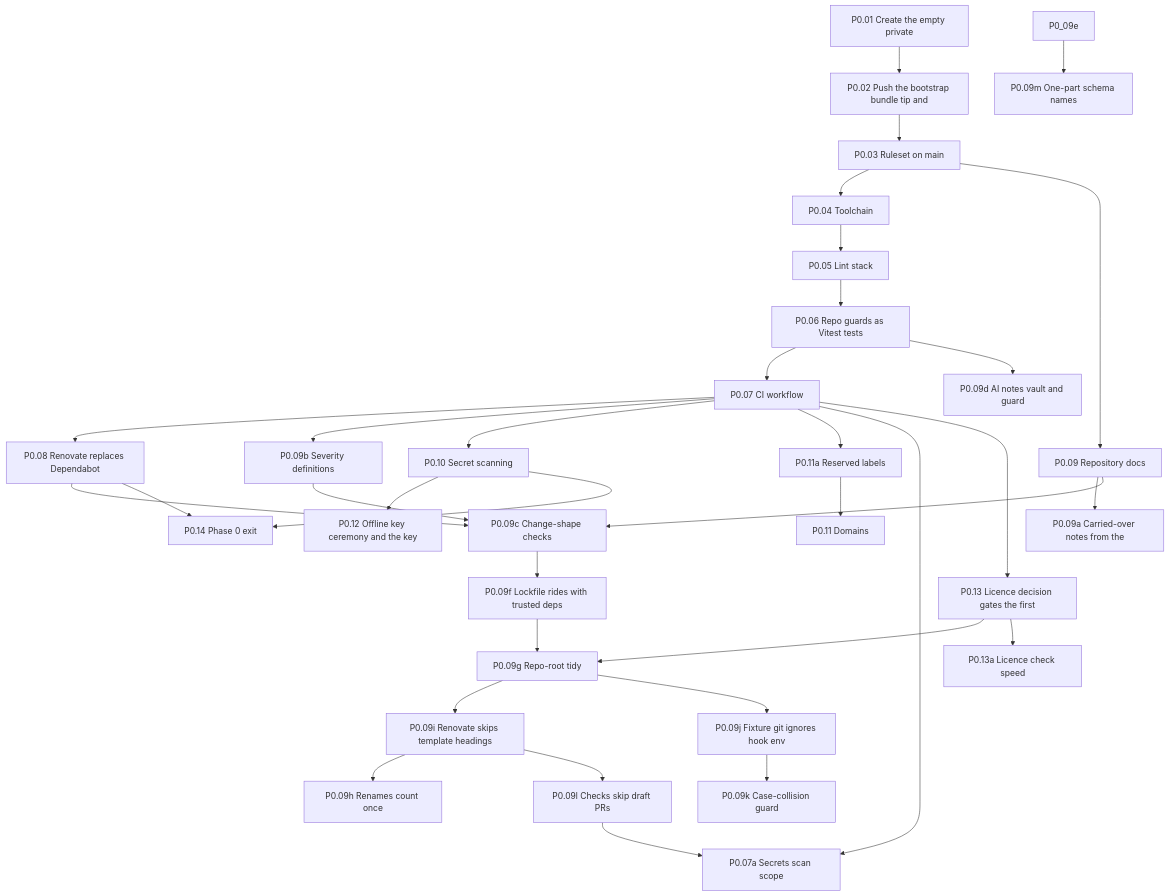
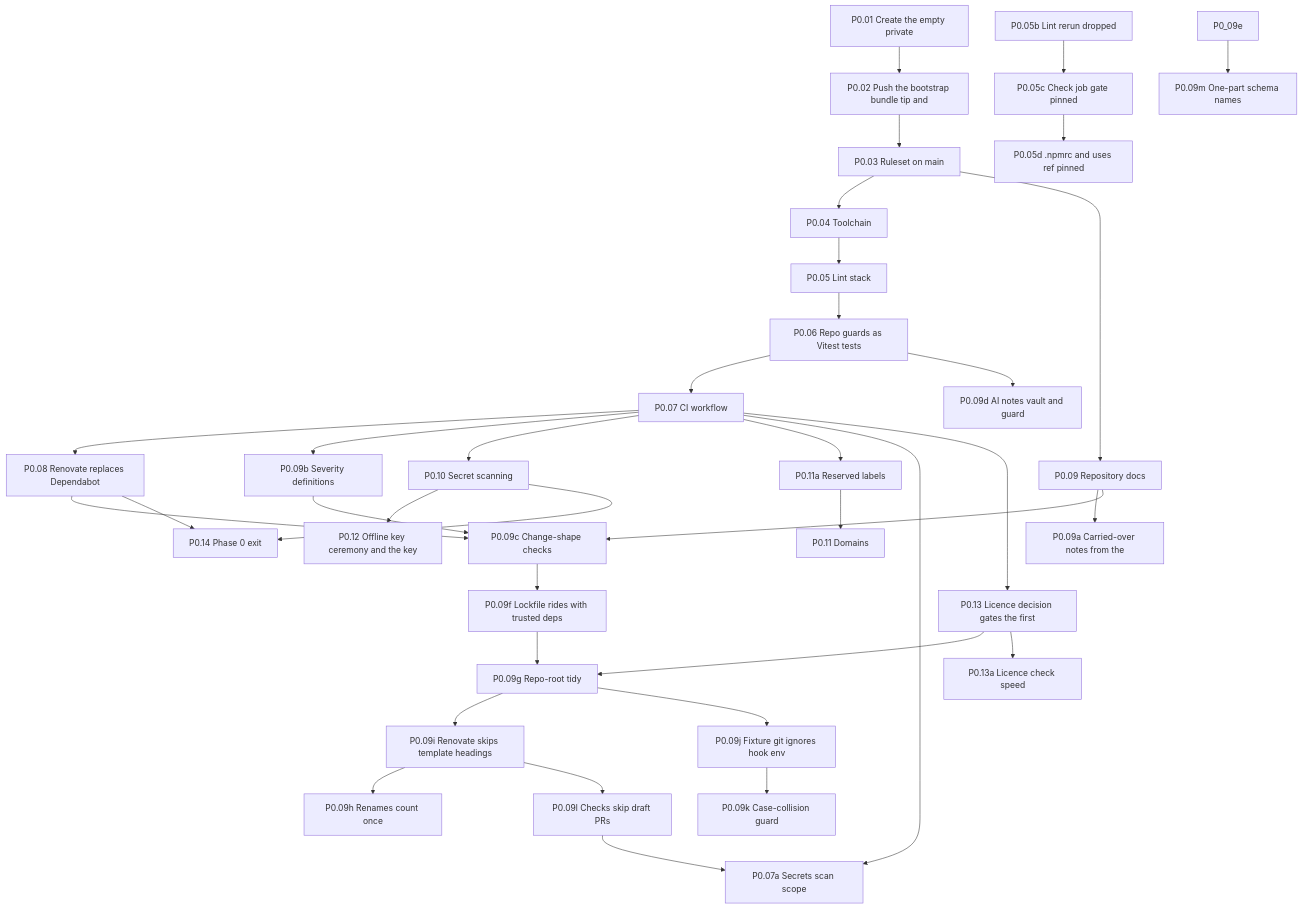
One commit to Undefined6799/unset changed the first of 11 diagrams in docs/ai/book/01-outline.md. Above: the diagram before and after it, drawn with Mermaid. The commit also changed other lines of this file and 4 other files, not shown here.

````diff
--- a/docs/ai/book/01-outline.md
+++ b/docs/ai/book/01-outline.md
@@ -60,65 +63,70 @@
 ```mermaid
 flowchart TD
   P0_01["P0.01 Create the empty private"]
   P0_02["P0.02 Push the bootstrap bundle tip and"]
   P0_03["P0.03 Ruleset on main"]
   P0_04["P0.04 Toolchain"]
   P0_05["P0.05 Lint stack"]
+  P0_05b["P0.05b Lint rerun dropped"]
+  P0_05c["P0.05c Check job gate pinned"]
+  P0_05d["P0.05d .npmrc and uses ref pinned"]
   P0_06["P0.06 Repo guards as Vitest tests"]
   P0_07["P0.07 CI workflow"]
   P0_08["P0.08 Renovate replaces Dependabot"]
   P0_09["P0.09 Repository docs"]
   P0_09a["P0.09a Carried-over notes from the"]
   P0_09b["P0.09b Severity definitions"]
   P0_09c["P0.09c Change-shape checks"]
   P0_09d["P0.09d AI notes vault and guard"]
   P0_09f["P0.09f Lockfile rides with trusted deps"]
   P0_09g["P0.09g Repo-root tidy"]
   P0_09h["P0.09h Renames count once"]
   P0_09i["P0.09i Renovate skips template headings"]
   P0_09l["P0.09l Checks skip draft PRs"]
   P0_07a["P0.07a Secrets scan scope"]
   P0_09j["P0.09j Fixture git ignores hook env"]
   P0_09k["P0.09k Case-collision guard"]
   P0_09m["P0.09m One-part schema names"]
   P0_10["P0.10 Secret scanning"]
   P0_11a["P0.11a Reserved labels"]
   P0_11["P0.11 Domains"]
   P0_12["P0.12 Offline key ceremony and the key"]
   P0_13["P0.13 Licence decision gates the first"]
   P0_13a["P0.13a Licence check speed"]
   P0_14["P0.14 Phase 0 exit"]
   P0_01 --> P0_02
   P0_02 --> P0_03
   P0_03 --> P0_04
   P0_04 --> P0_05
+  P0_05b --> P0_05c
+  P0_05c --> P0_05d
   P0_05 --> P0_06
   P0_06 --> P0_07
   P0_07 --> P0_08
   P0_03 --> P0_09
   P0_09 --> P0_09a
   P0_07 --> P0_09b
   P0_08 --> P0_09c
   P0_09 --> P0_09c
   P0_09b --> P0_09c
   P0_06 --> P0_09d
   P0_09c --> P0_09f
   P0_09f --> P0_09g
   P0_13 --> P0_09g
   P0_09g --> P0_09i
   P0_09g --> P0_09j
   P0_09i --> P0_09h
   P0_09j --> P0_09k
   P0_09e --> P0_09m
   P0_09i --> P0_09l
   P0_07 --> P0_10
   P0_07 --> P0_11a
   P0_07 --> P0_07a
   P0_09l --> P0_07a
   P0_11a --> P0_11
   P0_10 --> P0_12
   P0_07 --> P0_13
   P0_13 --> P0_13a
   P0_08 --> P0_14
   P0_10 --> P0_14
 ```
````
